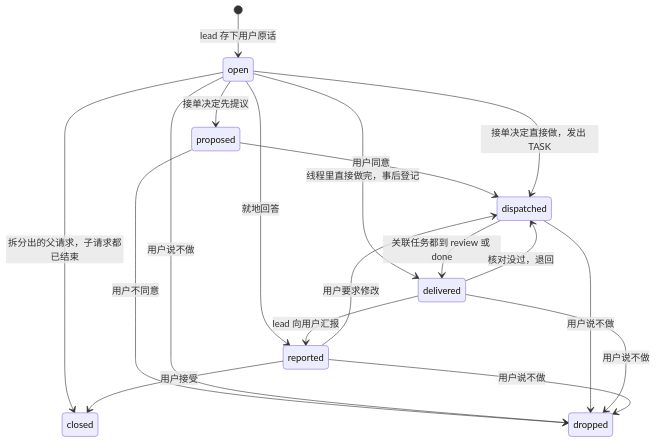
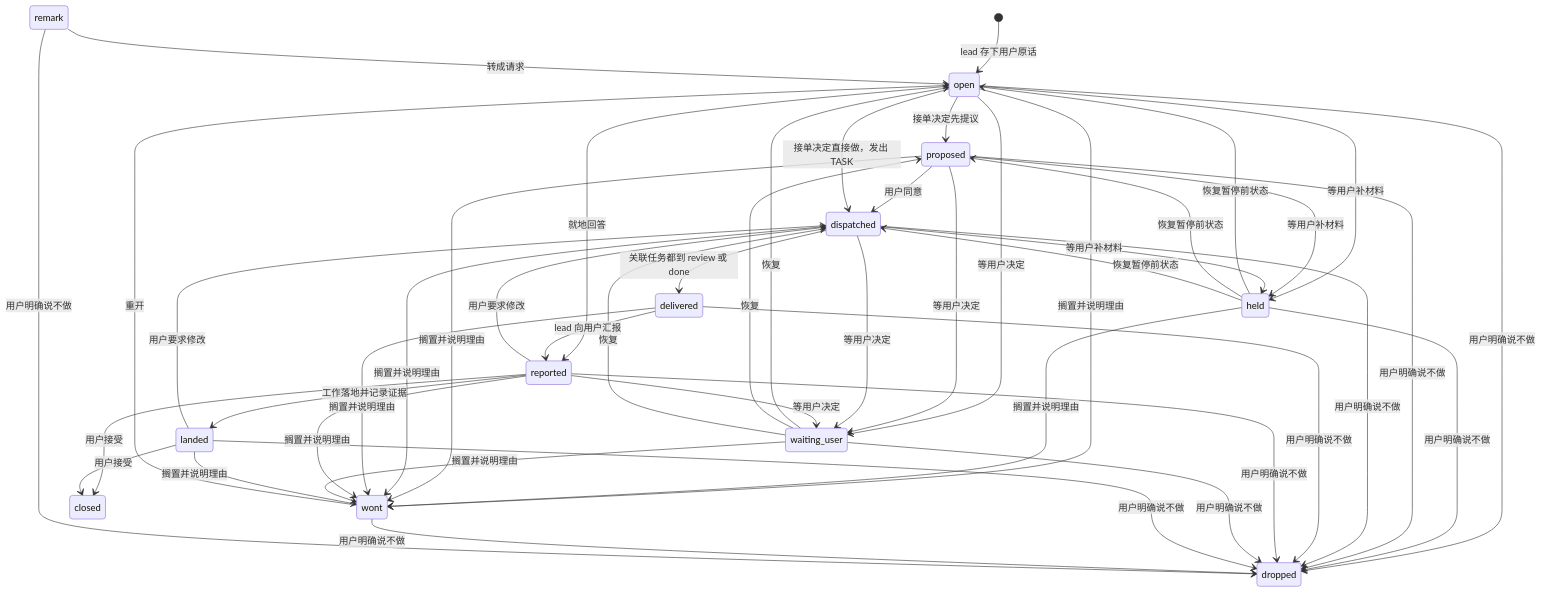
Before and after one commit to DerekXuHQ/teamwork-for-claude-code: the first of 5 diagrams in docs/framework-zh.md, drawn with Mermaid. The commit also changed other lines of this file and 4 other files, not shown here.

````diff
--- a/docs/framework-zh.md
+++ b/docs/framework-zh.md
@@ -392,20 +404,48 @@
 ```mermaid
 stateDiagram-v2
     [*] --> open: lead 存下用户原话
     open --> proposed: 接单决定先提议
     proposed --> dispatched: 用户同意
-    proposed --> dropped: 用户不同意
     open --> dispatched: 接单决定直接做，发出 TASK
     open --> reported: 就地回答
-    open --> delivered: 线程里直接做完，事后登记
-    open --> closed: 拆分出的父请求，子请求都已结束
+    open --> held: 等用户补材料
+    proposed --> held: 等用户补材料
+    dispatched --> held: 等用户补材料
+    held --> open: 恢复暂停前状态
+    held --> proposed: 恢复暂停前状态
+    held --> dispatched: 恢复暂停前状态
     dispatched --> delivered: 关联任务都到 review 或 done
     delivered --> reported: lead 向用户汇报
+    open --> waiting_user: 等用户决定
+    proposed --> waiting_user: 等用户决定
+    dispatched --> waiting_user: 等用户决定
+    reported --> waiting_user: 等用户决定
+    reported --> landed: 工作落地并记录证据
+    reported --> dispatched: 用户要求修改
+    waiting_user --> open: 恢复
+    waiting_user --> proposed: 恢复
+    waiting_user --> dispatched: 恢复
+    landed --> dispatched: 用户要求修改
+    open --> wont: 搁置并说明理由
+    held --> wont: 搁置并说明理由
+    proposed --> wont: 搁置并说明理由
+    dispatched --> wont: 搁置并说明理由
+    delivered --> wont: 搁置并说明理由
+    reported --> wont: 搁置并说明理由
+    waiting_user --> wont: 搁置并说明理由
+    landed --> wont: 搁置并说明理由
+    wont --> open: 重开
+    remark --> open: 转成请求
     reported --> closed: 用户接受
-    reported --> dispatched: 用户要求修改
-    delivered --> dispatched: 核对没过，退回
-    open --> dropped: 用户说不做
-    dispatched --> dropped: 用户说不做
-    delivered --> dropped: 用户说不做
-    reported --> dropped: 用户说不做
+    landed --> closed: 用户接受
+    open --> dropped: 用户明确说不做
+    held --> dropped: 用户明确说不做
+    proposed --> dropped: 用户明确说不做
+    dispatched --> dropped: 用户明确说不做
+    delivered --> dropped: 用户明确说不做
+    reported --> dropped: 用户明确说不做
+    waiting_user --> dropped: 用户明确说不做
+    landed --> dropped: 用户明确说不做
+    wont --> dropped: 用户明确说不做
+    remark --> dropped: 用户明确说不做
 ```
````
